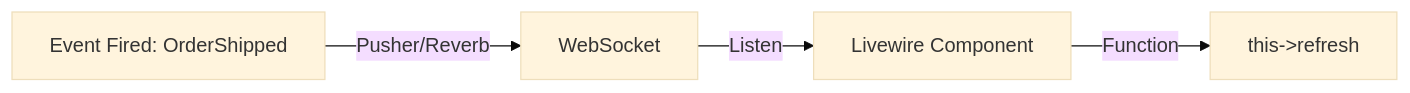
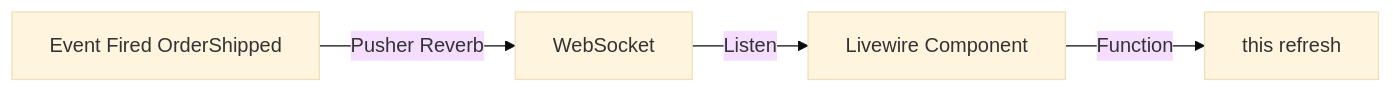
Before and after one commit to subhashladumor1/laravel-mastery-roadmap: the fourth of 4 diagrams in diagrams/05-tall-stack-lifecycle.md, drawn with Mermaid (base theme). The commit also changed other lines of this file and 6 other files, not shown here.

First line of the commit message:
diagram rich issue

````diff
--- a/diagrams/05-tall-stack-lifecycle.md
+++ b/diagrams/05-tall-stack-lifecycle.md
@@ -46,6 +46,6 @@
 ```mermaid
 graph LR
-    Server[Event Fired: OrderShipped] -->|Pusher/Reverb| WebSocket
+    Server[Event Fired OrderShipped] -->|Pusher Reverb| WebSocket
     WebSocket -->|Listen| Livewire[Livewire Component]
-    Livewire -->|Function| Refresh[this->refresh]
+    Livewire -->|Function| Refresh[this refresh]
 ```
````
